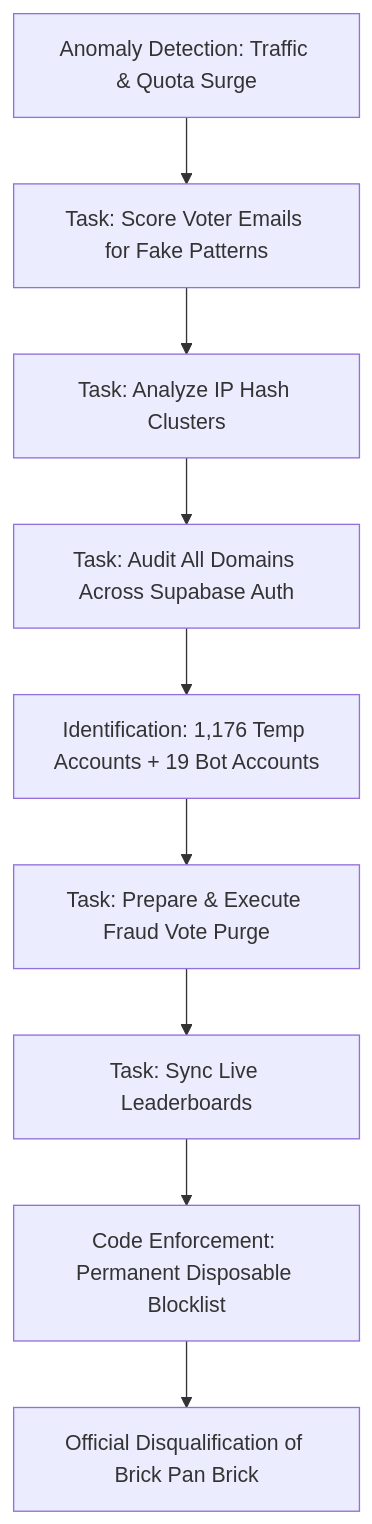
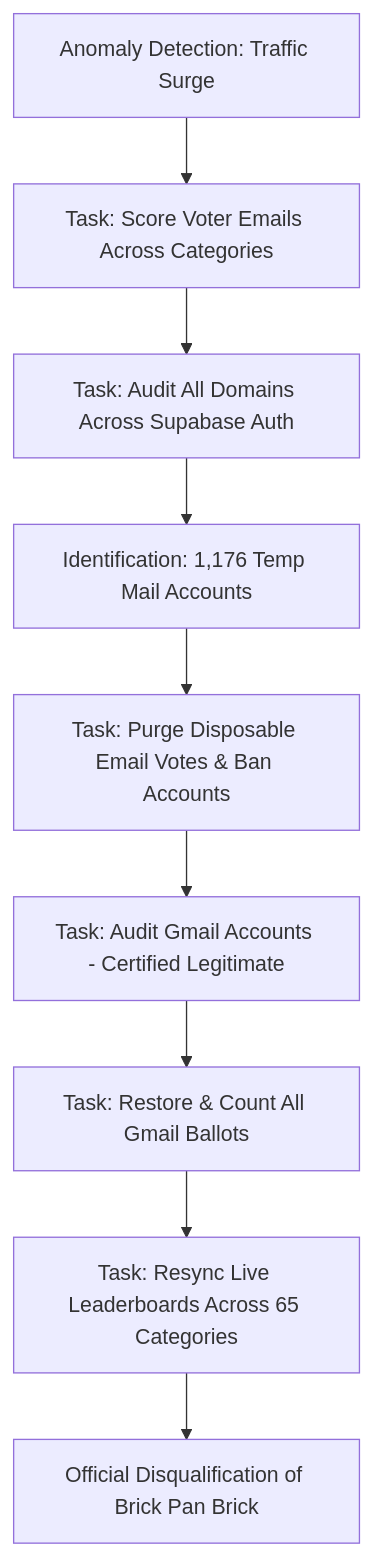
The diagram in FRAUD_AUDIT_AND_DISQUALIFICATION_REPORT.md (userske/nganya), drawn with Mermaid before and after one commit. The commit also changed other lines of this file, not shown here.

Commit message:
docs: clarify all Gmail accounts and votes are certified 100% legitimate and counted

````diff
--- a/FRAUD_AUDIT_AND_DISQUALIFICATION_REPORT.md
+++ b/FRAUD_AUDIT_AND_DISQUALIFICATION_REPORT.md
@@ -31,11 +31,11 @@
 ```mermaid
 flowchart TD
-    A[Anomaly Detection: Traffic & Quota Surge] --> B[Task: Score Voter Emails for Fake Patterns]
-    B --> C[Task: Analyze IP Hash Clusters]
-    C --> D[Task: Audit All Domains Across Supabase Auth]
-    D --> E[Identification: 1,176 Temp Accounts + 19 Bot Accounts]
-    E --> F[Task: Prepare & Execute Fraud Vote Purge]
-    F --> G[Task: Sync Live Leaderboards]
-    G --> H[Code Enforcement: Permanent Disposable Blocklist]
-    H --> I[Official Disqualification of Brick Pan Brick]
+    A["Anomaly Detection: Traffic Surge"] --> B["Task: Score Voter Emails Across Categories"]
+    B --> C["Task: Audit All Domains Across Supabase Auth"]
+    C --> D["Identification: 1,176 Temp Mail Accounts"]
+    D --> E["Task: Purge Disposable Email Votes & Ban Accounts"]
+    E --> F["Task: Audit Gmail Accounts - Certified Legitimate"]
+    F --> G["Task: Restore & Count All Gmail Ballots"]
+    G --> H["Task: Resync Live Leaderboards Across 65 Categories"]
+    H --> I["Official Disqualification of Brick Pan Brick"]
 ```
````
